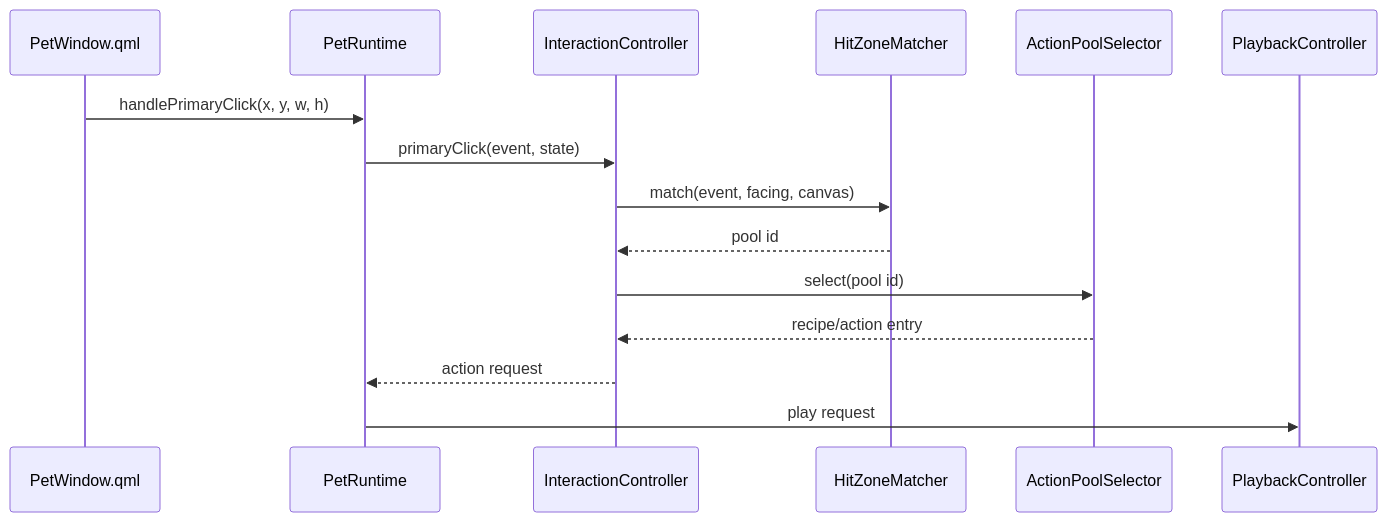
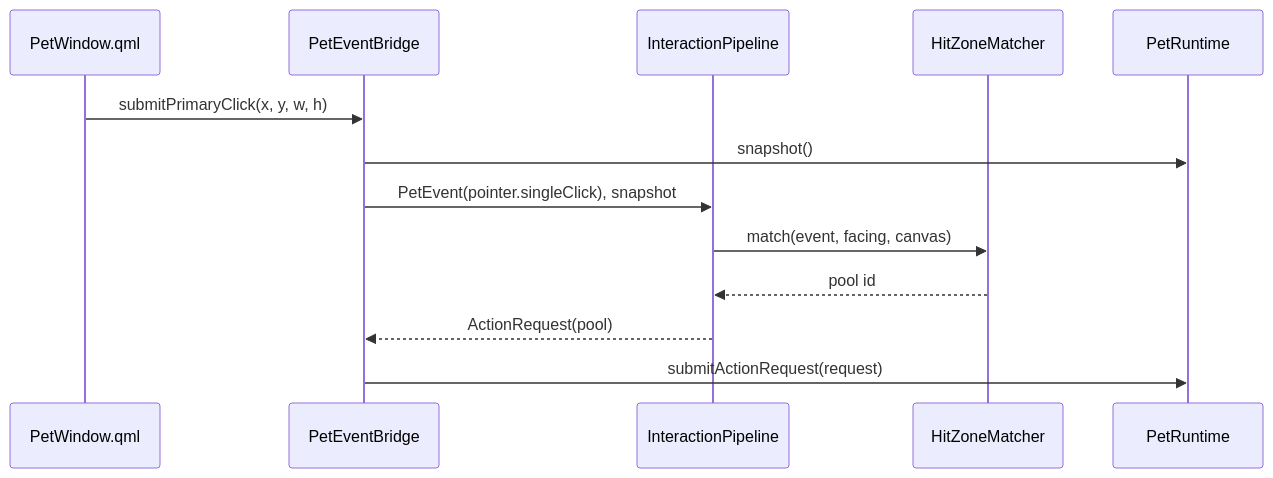
Before and after one commit to tiantian180/MilesEdgeworth: the third of 5 diagrams in docs/v2/设计方案/桌宠运行时职责拆分设计.md, drawn with Mermaid. The commit also changed other lines of this file and 47 other files, not shown here.

Commit message:
refactor: add event action request pipeline

````diff
--- a/docs/v2/设计方案/桌宠运行时职责拆分设计.md
+++ b/docs/v2/设计方案/桌宠运行时职责拆分设计.md
@@ -509,18 +611,16 @@
 ```mermaid
 sequenceDiagram
     participant QML as PetWindow.qml
+    participant Bridge as PetEventBridge
+    participant Pipeline as InteractionPipeline
+    participant Hit as HitZoneMatcher
     participant Runtime as PetRuntime
-    participant Interaction as InteractionController
-    participant Hit as HitZoneMatcher
-    participant Pool as ActionPoolSelector
-    participant Playback as PlaybackController
 
-    QML->>Runtime: handlePrimaryClick(x, y, w, h)
-    Runtime->>Interaction: primaryClick(event, state)
-    Interaction->>Hit: match(event, facing, canvas)
-    Hit-->>Interaction: pool id
-    Interaction->>Pool: select(pool id)
-    Pool-->>Interaction: recipe/action entry
-    Interaction-->>Runtime: action request
-    Runtime->>Playback: play request
+    QML->>Bridge: submitPrimaryClick(x, y, w, h)
+    Bridge->>Runtime: snapshot()
+    Bridge->>Pipeline: PetEvent(pointer.singleClick), snapshot
+    Pipeline->>Hit: match(event, facing, canvas)
+    Hit-->>Pipeline: pool id
+    Pipeline-->>Bridge: ActionRequest(pool)
+    Bridge->>Runtime: submitActionRequest(request)
 ```
````
